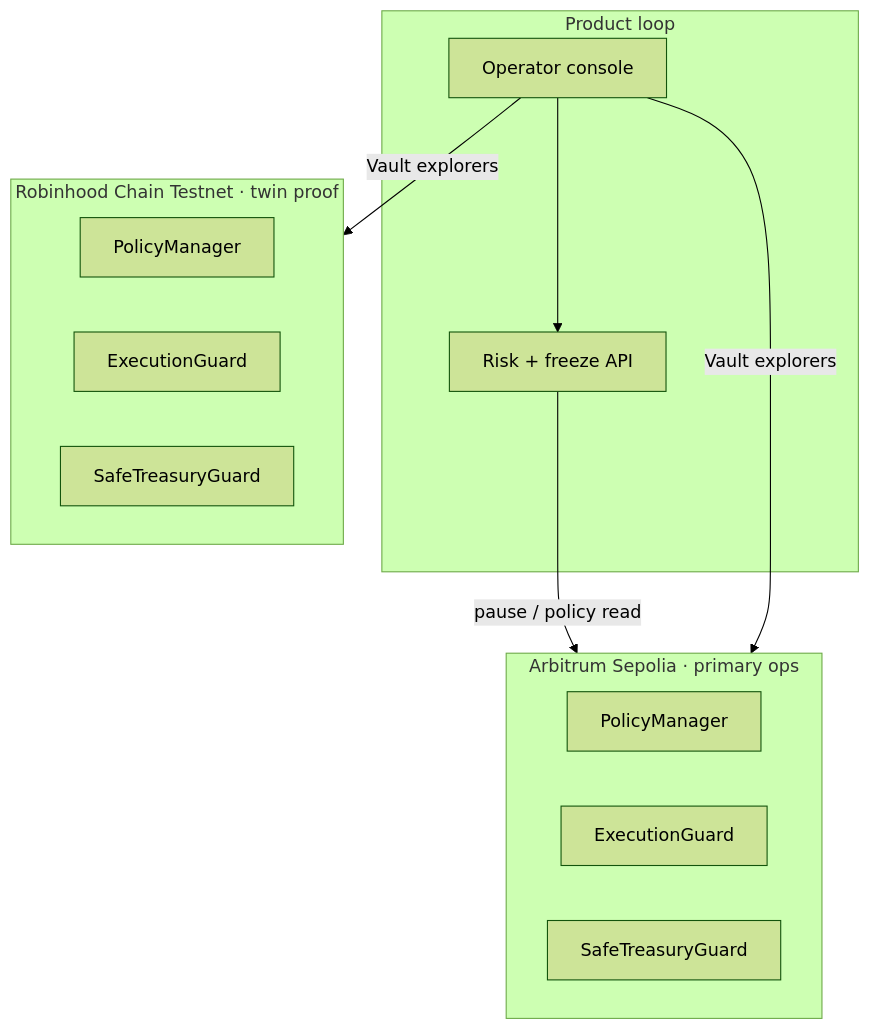
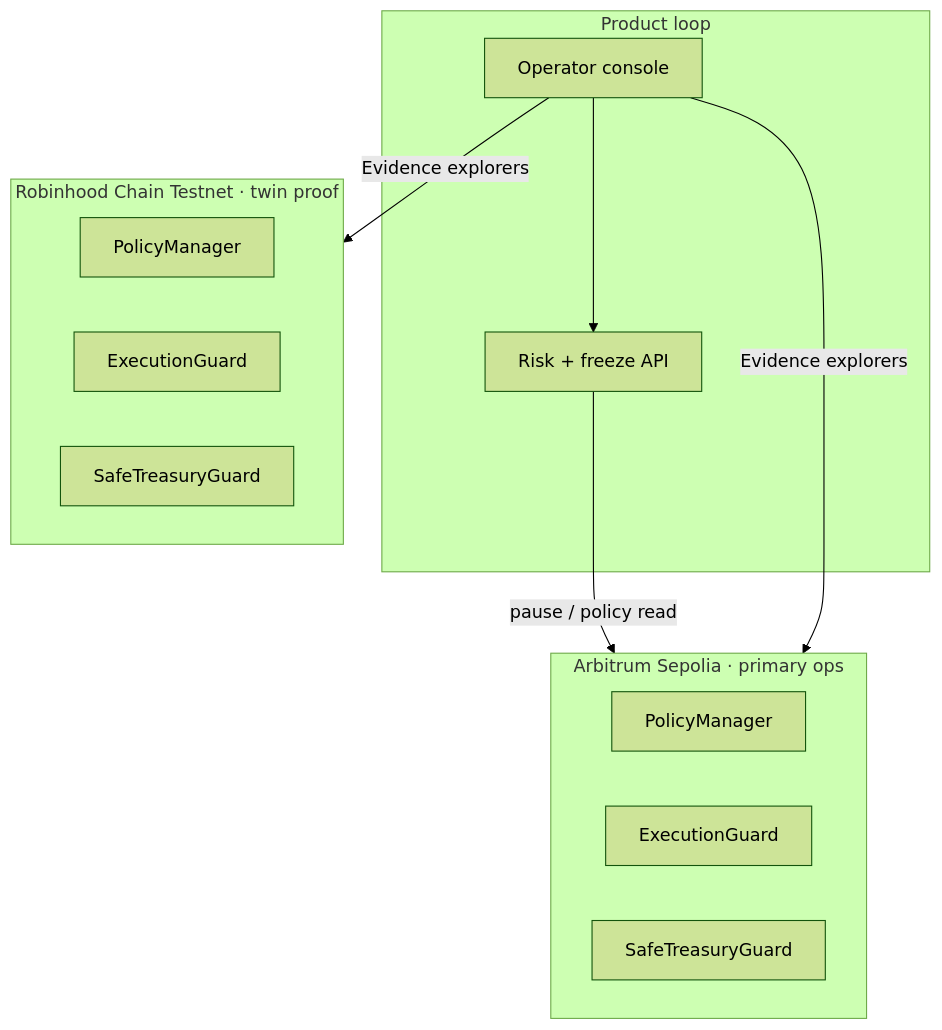
The sixth of 7 diagrams in docs/architecture.md (thesithunyein/arb-guardian), drawn with Mermaid (forest theme) before and after one commit. The commit also changed other lines of this file and 19 other files, not shown here.

````diff
--- a/docs/architecture.md
+++ b/docs/architecture.md
@@ -203,24 +204,24 @@
 ```mermaid
 flowchart TB
   subgraph Product["Product loop"]
     UI[Operator console]
     API[Risk + freeze API]
   end
 
   subgraph Arb["Arbitrum Sepolia · primary ops"]
     APM[PolicyManager]
     AEG[ExecutionGuard]
     ASTG[SafeTreasuryGuard]
   end
 
   subgraph RH["Robinhood Chain Testnet · twin proof"]
     RPM[PolicyManager]
     REG[ExecutionGuard]
     RSTG[SafeTreasuryGuard]
   end
 
   UI --> API
   API -->|pause / policy read| Arb
-  UI -->|Vault explorers| Arb
-  UI -->|Vault explorers| RH
+  UI -->|Evidence explorers| Arb
+  UI -->|Evidence explorers| RH
 ```
````
